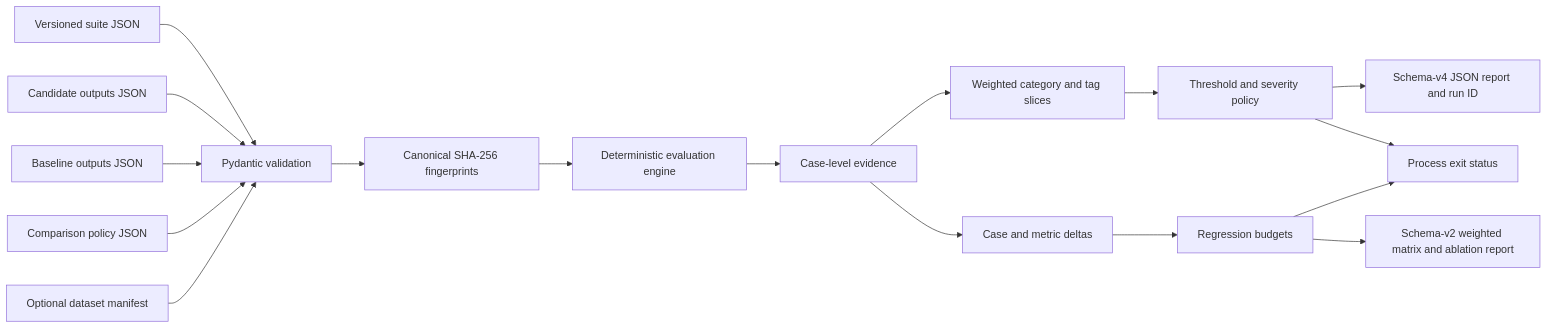
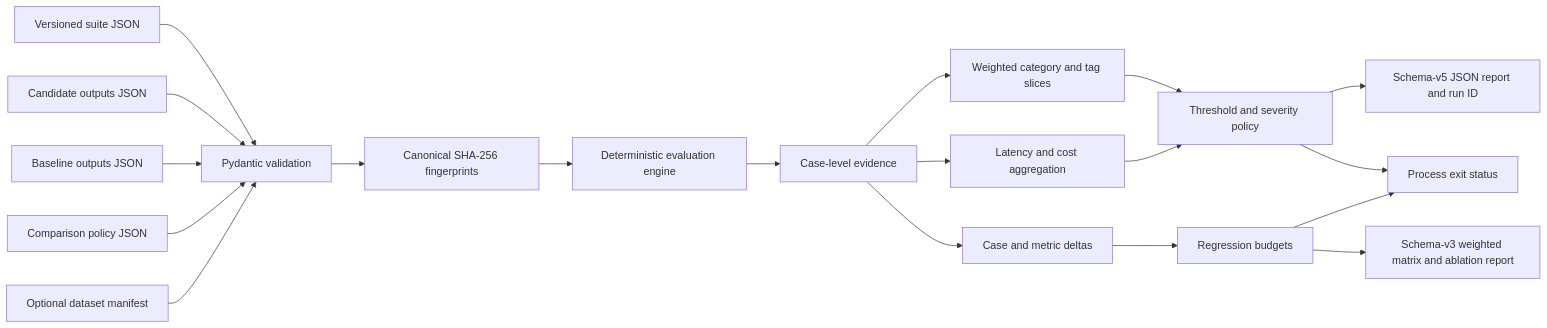
The first of 2 diagrams in docs/architecture.md (navaneeth9908/evalforge), drawn with Mermaid before and after one commit. The commit also changed other lines of this file and 15 other files, not shown here.

Commit message:
Add latency and cost quality gates

````diff
--- a/docs/architecture.md
+++ b/docs/architecture.md
@@ -7,19 +7,21 @@
 ```mermaid
 flowchart LR
     S[Versioned suite JSON] --> V[Pydantic validation]
     O[Candidate outputs JSON] --> V
     B[Baseline outputs JSON] --> V
     C[Comparison policy JSON] --> V
     M[Optional dataset manifest] --> V
     V --> H[Canonical SHA-256 fingerprints]
     H --> E[Deterministic evaluation engine]
     E --> R[Case-level evidence]
     R --> W[Weighted category and tag slices]
+    R --> P[Latency and cost aggregation]
     W --> G[Threshold and severity policy]
-    G --> J[Schema-v4 JSON report and run ID]
+    P --> G
+    G --> J[Schema-v5 JSON report and run ID]
     G --> X[Process exit status]
     R --> D[Case and metric deltas]
     D --> Q[Regression budgets]
-    Q --> A[Schema-v2 weighted matrix and ablation report]
+    Q --> A[Schema-v3 weighted matrix and ablation report]
     Q --> X
 ```
````
